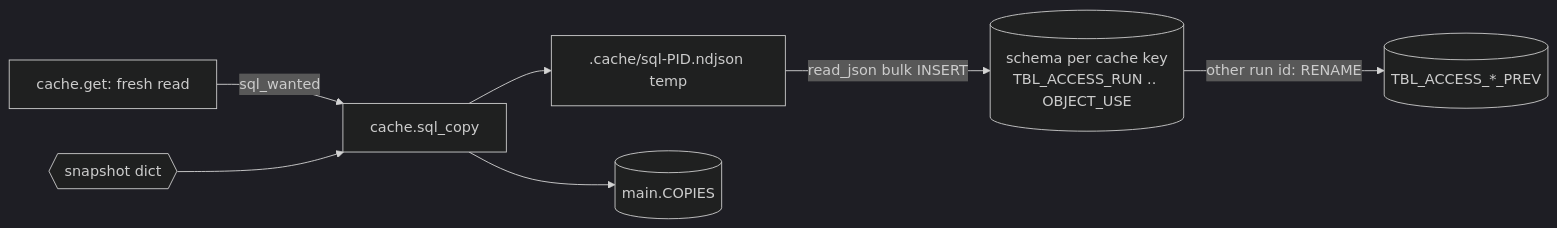
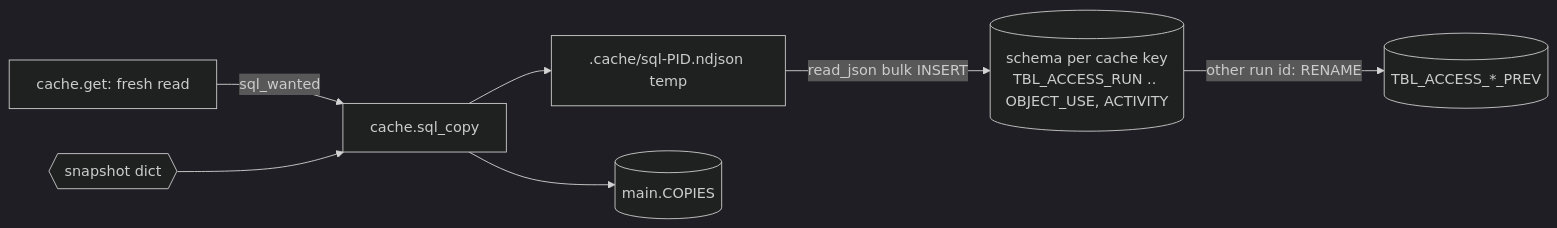
One commit to darshanmeel/snowflake-access-explorer changed the diagram in snowflake-access-explorer-knowledge-graph/data/duckdb-copy.md. Above: the diagram before and after it, drawn with Mermaid (dark theme). The commit also changed other lines of this file and 106 other files, not shown here.

First line of the commit message:
Docs and knowledge graph for Activity; setup verify expects 11 tables

````diff
--- a/snowflake-access-explorer-knowledge-graph/data/duckdb-copy.md
+++ b/snowflake-access-explorer-knowledge-graph/data/duckdb-copy.md
@@ -3,9 +4,9 @@
 ```mermaid
 flowchart LR
   G[cache.get: fresh read] -->|sql_wanted| C[cache.sql_copy]
   D{{snapshot dict}} --> C
   C --> J[.cache/sql-PID.ndjson temp]
-  J -->|read_json bulk INSERT| S[(schema per cache key<br/>TBL_ACCESS_RUN .. OBJECT_USE)]
+  J -->|read_json bulk INSERT| S[(schema per cache key<br/>TBL_ACCESS_RUN .. OBJECT_USE, ACTIVITY)]
   S -->|other run id: RENAME| P[(TBL_ACCESS_*_PREV)]
   C --> K[(main.COPIES)]
 ```
````
